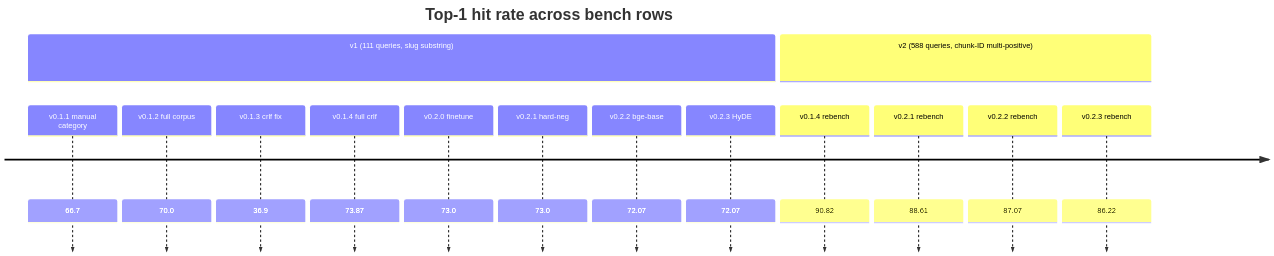
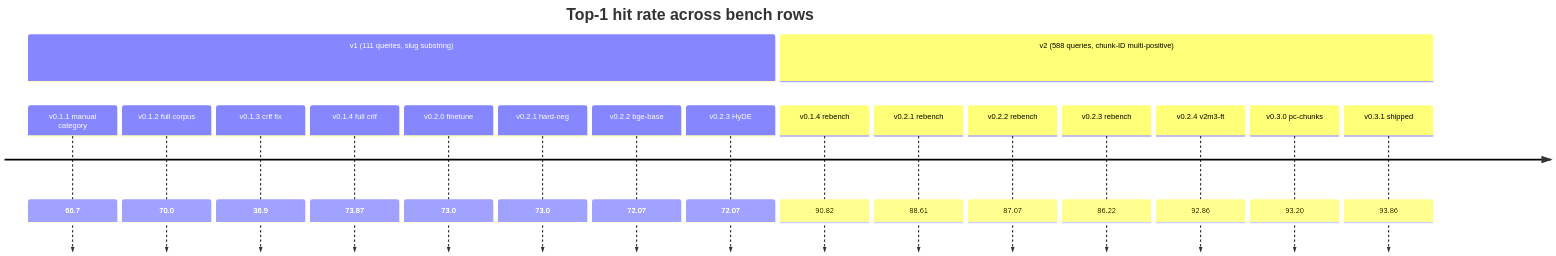
The first of 2 diagrams in docs/en/benchmarking.md (dantte-lp/arista-mcp), drawn with Mermaid before and after one commit. The commit also changed other lines of this file and 18 other files, not shown here.

````diff
--- a/docs/en/benchmarking.md
+++ b/docs/en/benchmarking.md
@@ -11,18 +11,21 @@
 ```mermaid
 timeline
   title Top-1 hit rate across bench rows
   section v1 (111 queries, slug substring)
     v0.1.1 manual category : 66.7
     v0.1.2 full corpus     : 70.0
     v0.1.3 crlf fix        : 36.9
     v0.1.4 full crlf       : 73.87
     v0.2.0 finetune        : 73.0
     v0.2.1 hard-neg        : 73.0
     v0.2.2 bge-base        : 72.07
     v0.2.3 HyDE            : 72.07
   section v2 (588 queries, chunk-ID multi-positive)
     v0.1.4 rebench   : 90.82
     v0.2.1 rebench   : 88.61
     v0.2.2 rebench   : 87.07
     v0.2.3 rebench   : 86.22
+    v0.2.4 v2m3-ft   : 92.86
+    v0.3.0 pc-chunks : 93.20
+    v0.3.1 shipped   : 93.86
 ```
````
